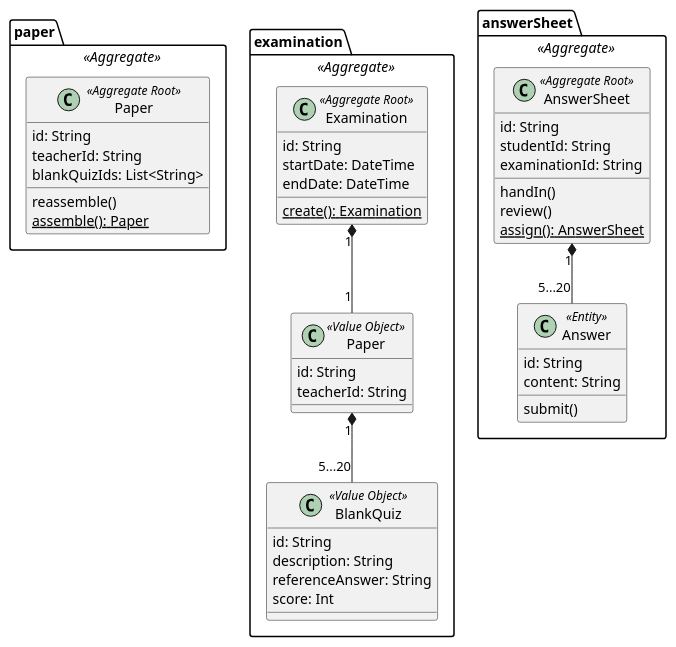
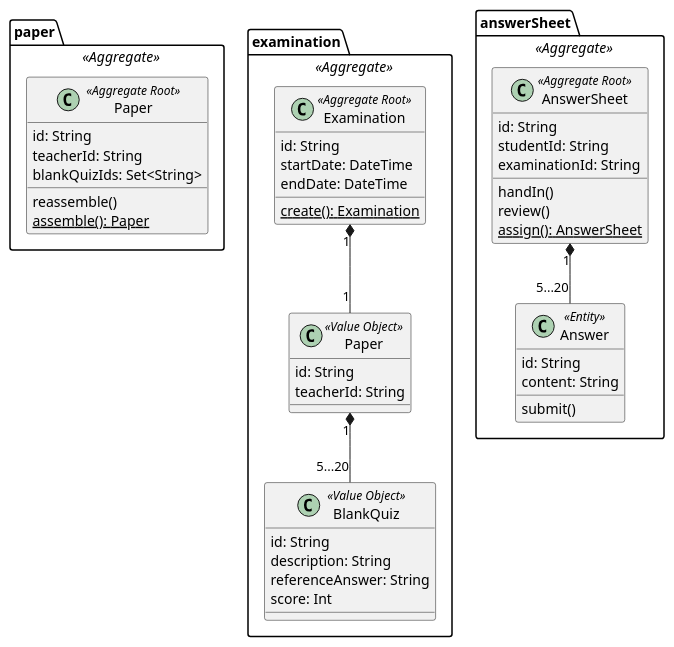
The diagram in design/demo.puml (YoungForWP/exam-plantform), drawn with PlantUML before and after one commit. The commit also changed 8 other files, not shown here.

```diff
--- a/design/demo.puml
+++ b/design/demo.puml
@@ -1,56 +1,56 @@
 @startuml
 
 package paper <<Aggregate>> {
     class Paper <<Aggregate Root>> {
         id: String
         teacherId: String
-        blankQuizIds: List<String>
+        blankQuizIds: Set<String>
         reassemble()
         {static} assemble(): Paper
     }
 }
 
 package examination <<Aggregate>>  {
 
     class Examination <<Aggregate Root>> {
         id: String
         startDate: DateTime
         endDate: DateTime
         {static} create(): Examination
     }
 
     class "Paper" as p <<Value Object>>{
         id: String
         teacherId: String
     }
 
     class "BlankQuiz" as b <<Value Object>> {
         id: String
         description: String
         referenceAnswer: String
         score: Int
     }
 
     Examination "1" *-- "1" p
     p "1" *-- "5...20" b
 }
 
 package answerSheet <<Aggregate>> {
     class AnswerSheet <<Aggregate Root>> {
         id: String
         studentId: String
         examinationId: String
         handIn()
         review()
         {static} assign(): AnswerSheet
     }
 
     class "Answer" <<Entity>> {
         id: String
         content: String
         submit()
     }
     AnswerSheet "1" *-- "5...20" Answer
 }
 
 @enduml
```
